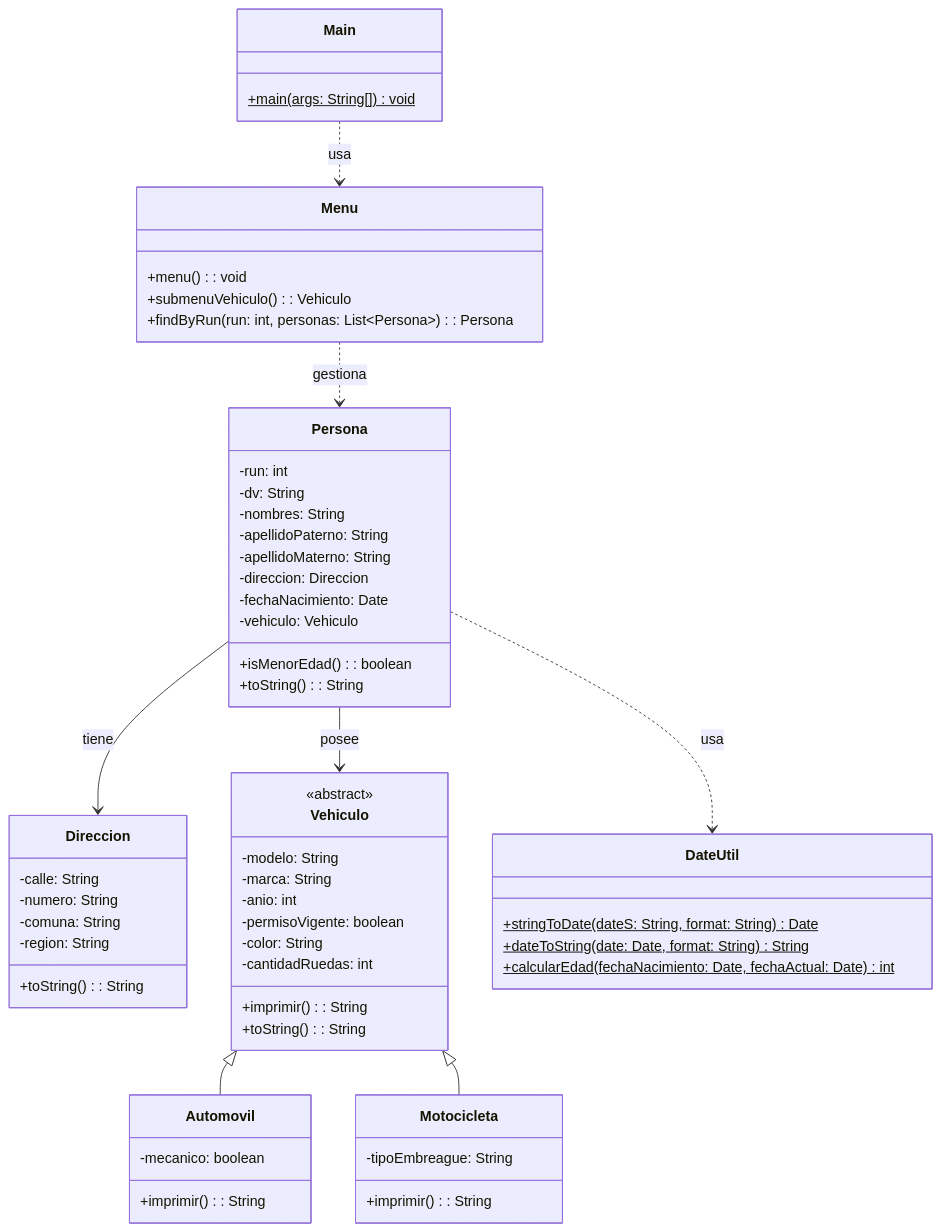
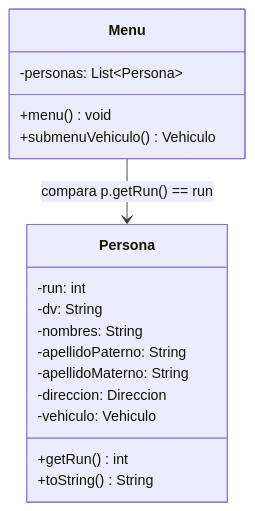
The second of 3 diagrams in 13/README.md (elprofecarreno/poo-fundaments), drawn with Mermaid before and after one commit. The commit also changed other lines of this file and 15 other files, not shown here.

````diff
--- a/13/README.md
+++ b/13/README.md
@@ -11,69 +79,22 @@
 ```mermaid
 classDiagram
-    class Main {
-        +main(args: String[])$ void
-    }
-
     class Menu {
-        +menu(): void
-        +submenuVehiculo(): Vehiculo
-        +findByRun(run: int, personas: List~Persona~): Persona
+        -personas: List~Persona~
+        +menu() void
+        +submenuVehiculo() Vehiculo
     }
 
     class Persona {
         -run: int
         -dv: String
         -nombres: String
         -apellidoPaterno: String
         -apellidoMaterno: String
         -direccion: Direccion
-        -fechaNacimiento: Date
         -vehiculo: Vehiculo
-        +isMenorEdad(): boolean
-        +toString(): String
+        +getRun() int
+        +toString() String
     }
 
-    class Direccion {
-        -calle: String
-        -numero: String
-        -comuna: String
-        -region: String
-        +toString(): String
-    }
-
-    class Vehiculo {
-        <<abstract>>
-        -modelo: String
-        -marca: String
-        -anio: int
-        -permisoVigente: boolean
-        -color: String
-        -cantidadRuedas: int
-        +imprimir(): String
-        +toString(): String
-    }
-
-    class Automovil {
-        -mecanico: boolean
-        +imprimir(): String
-    }
-
-    class Motocicleta {
-        -tipoEmbreague: String
-        +imprimir(): String
-    }
-
-    class DateUtil {
-        +stringToDate(dateS: String, format: String)$ Date
-        +dateToString(date: Date, format: String)$ String
-        +calcularEdad(fechaNacimiento: Date, fechaActual: Date)$ int
-    }
-
-    Vehiculo <|-- Automovil
-    Vehiculo <|-- Motocicleta
-    Persona --> Direccion : tiene
-    Persona --> Vehiculo : posee
-    Main ..> Menu : usa
-    Menu ..> Persona : gestiona
-    Persona ..> DateUtil : usa
+    Menu --> Persona : compara p.getRun() == run
 ```
````
